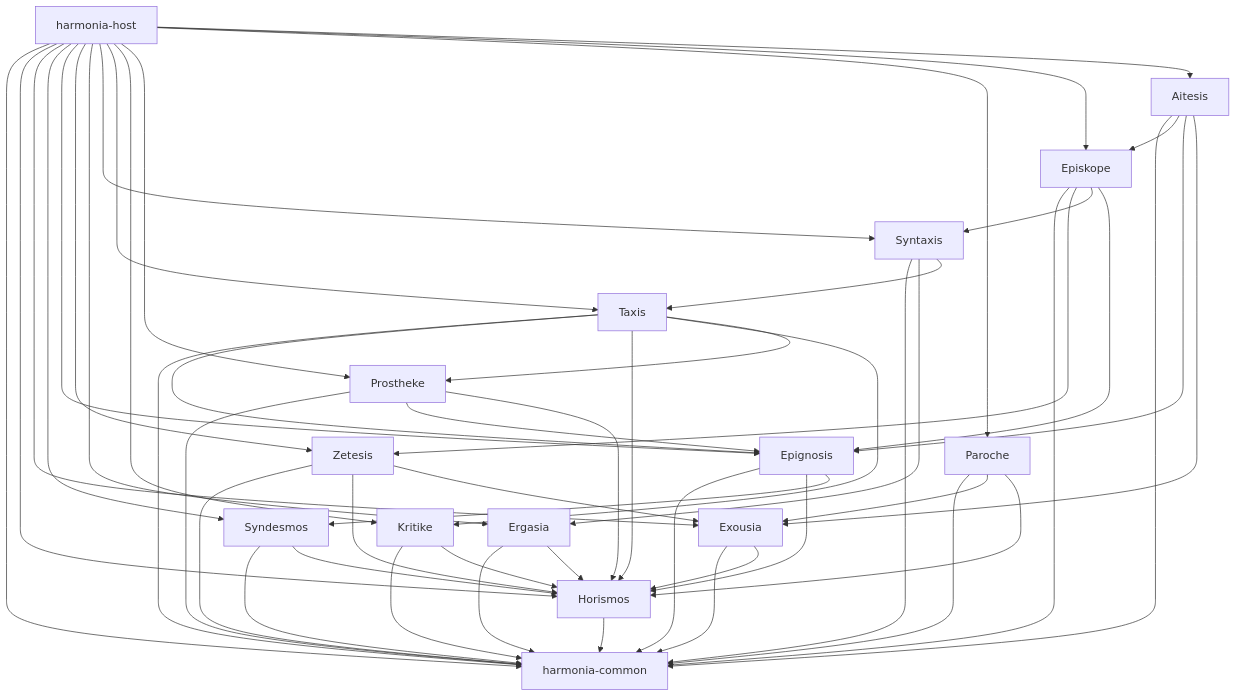
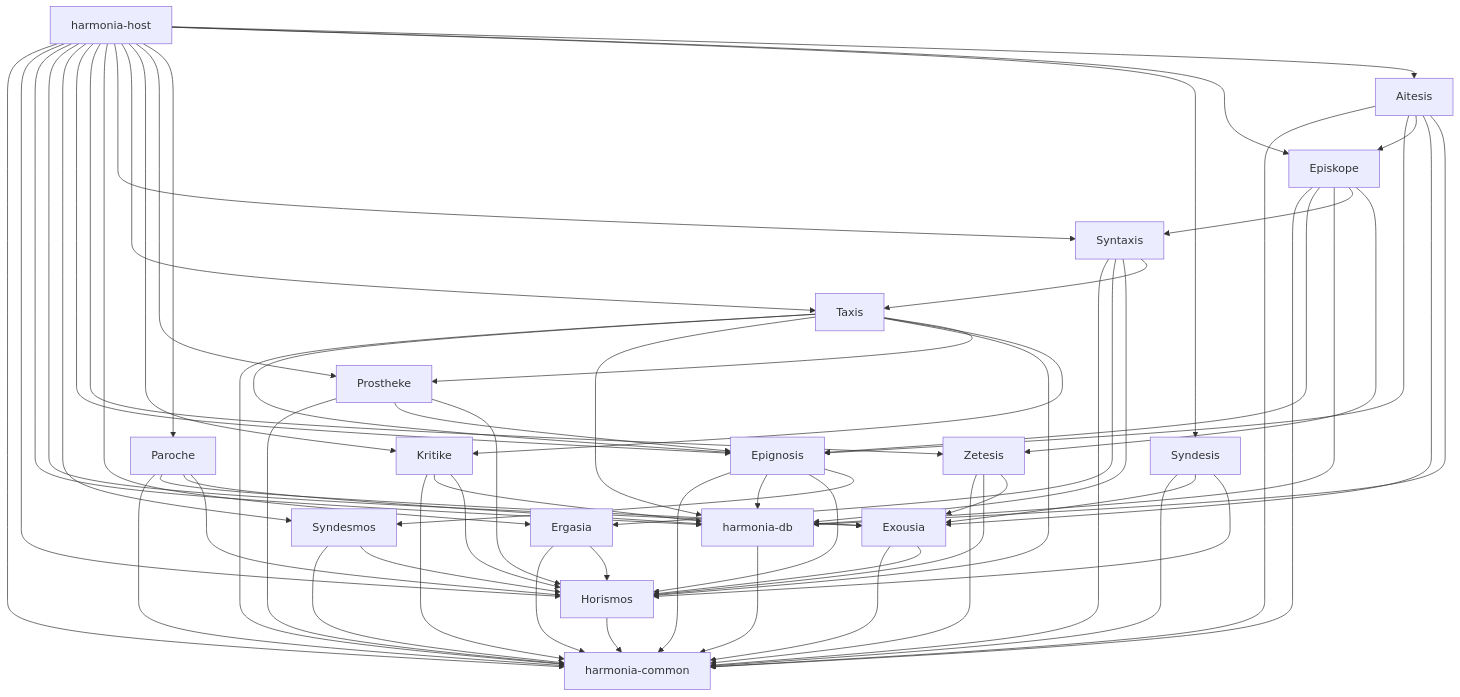
Before and after one commit to forkwright/harmonia: the diagram in docs/architecture/cargo.md, drawn with Mermaid. The commit also changed other lines of this file and 17 other files, not shown here.

First line of the commit message:
docs: Phase 0 Batch 1 — scope, crate, schema, config, naming, auth, and streaming updates

````diff
--- a/docs/architecture/cargo.md
+++ b/docs/architecture/cargo.md
@@ -79,6 +83,9 @@
     %% Leaf — no internal deps
     HC[harmonia-common]
     Horismos --> HC
+
+    %% Database layer — leaf alongside horismos
+    HDB[harmonia-db] --> HC
 
     %% Foundation
     Exousia --> HC
@@ -90,6 +97,7 @@
 
     %% Metadata
     Epignosis --> HC
+    Epignosis --> HDB
     Epignosis --> Horismos
     Epignosis --> Syndesmos
 
@@ -103,6 +111,7 @@
 
     %% Quality and supplements (must precede Syntaxis and Taxis in graph)
     Kritike --> HC
+    Kritike --> HDB
     Kritike --> Horismos
 
     Prostheke --> HC
@@ -112,6 +121,7 @@
     %% Import — depends on Epignosis, Kritike, Prostheke
     Taxis --> HC
     Taxis --> Epignosis
+    Taxis --> HDB
     Taxis --> Horismos
     Taxis --> Kritike
     Taxis --> Prostheke
@@ -119,28 +129,38 @@
     %% Queue pipeline — depends on Ergasia and Taxis
     Syntaxis --> HC
     Syntaxis --> Ergasia
+    Syntaxis --> HDB
     Syntaxis --> Taxis
 
-    %% Serving
+    %% Serving — HTTP
     Paroche --> HC
     Paroche --> Exousia
+    Paroche --> HDB
     Paroche --> Horismos
+
+    %% Serving — QUIC renderer transport (peer to Paroche)
+    Syndesis --> HC
+    Syndesis --> Exousia
+    Syndesis --> Horismos
 
     %% Monitoring — depends on acquisition pipeline subsystems
     Episkope --> HC
+    Episkope --> Epignosis
+    Episkope --> HDB
+    Episkope --> Syntaxis
     Episkope --> Zetesis
-    Episkope --> Syntaxis
-    Episkope --> Epignosis
 
     %% Requests — depends on Episkope, Epignosis, Exousia
     Aitesis --> HC
+    Aitesis --> Epignosis
     Aitesis --> Episkope
-    Aitesis --> Epignosis
     Aitesis --> Exousia
+    Aitesis --> HDB
 
     %% Binary — depends on all
     Host[harmonia-host] --> HC
     Host --> Horismos
+    Host --> HDB
     Host --> Exousia
     Host --> Syndesmos
     Host --> Epignosis
@@ -151,6 +171,7 @@
     Host --> Kritike
     Host --> Prostheke
     Host --> Paroche
+    Host --> Syndesis
     Host --> Episkope
     Host --> Aitesis
 ```
````
